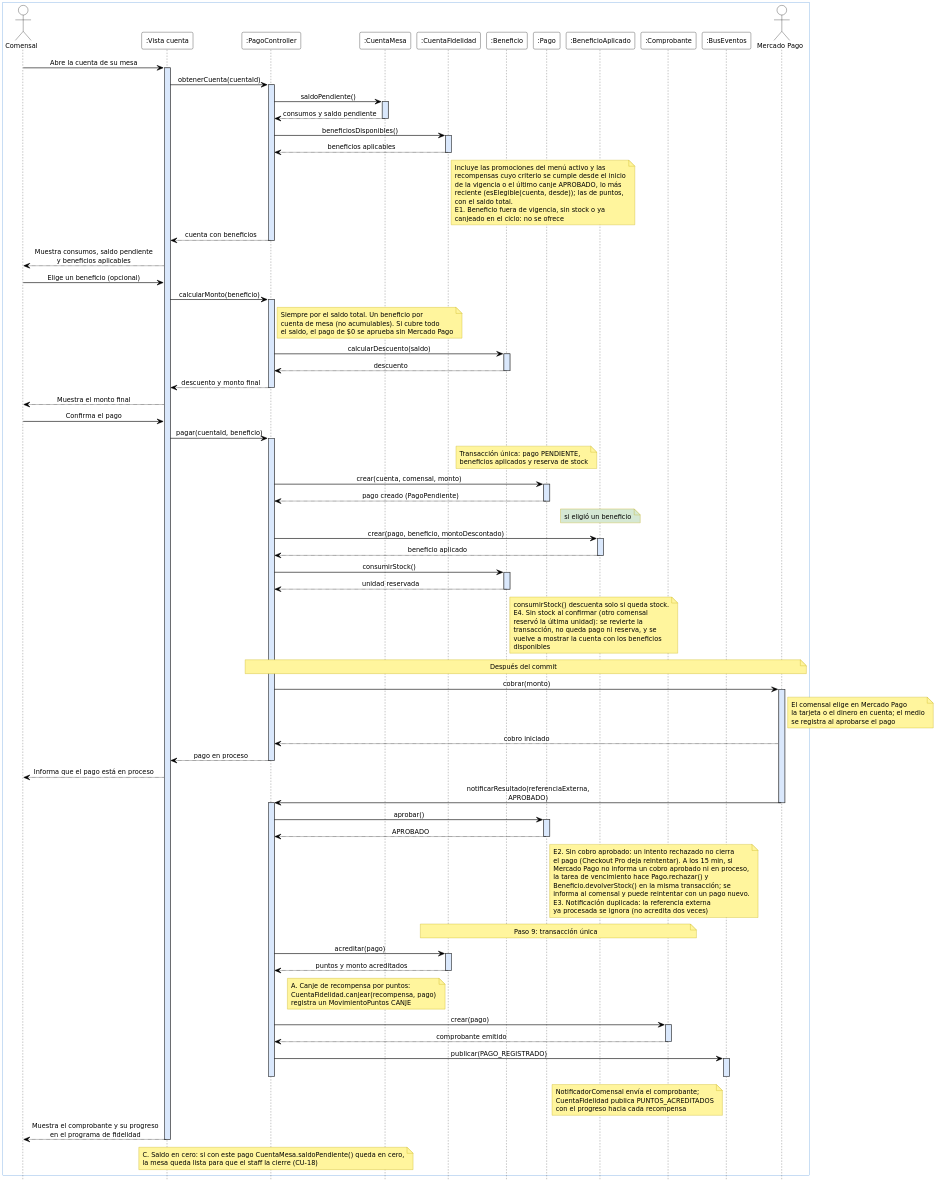
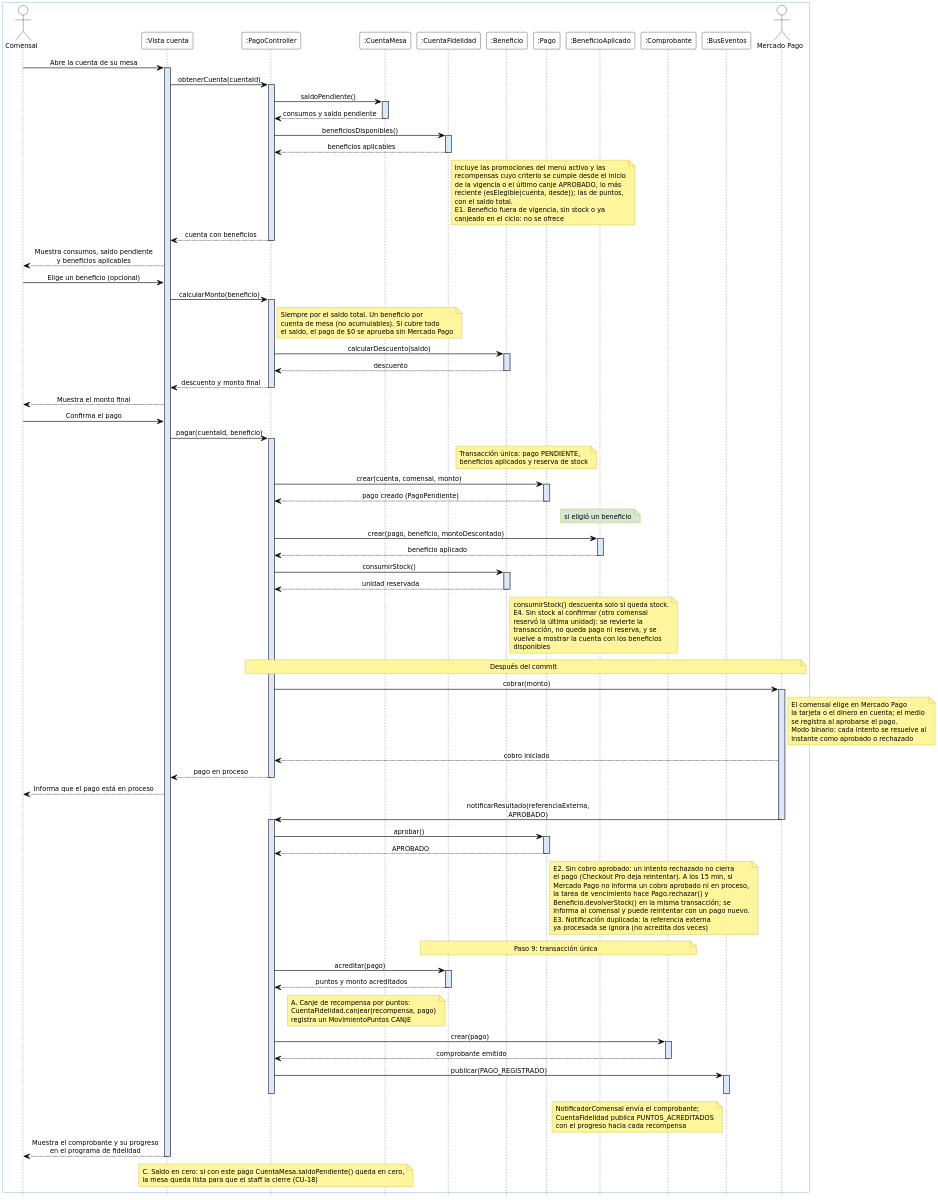
One commit to GabrielLigresti/TFG-PGIM changed the diagram in docs/modelos/secuencia/CU-06-pagar-cuenta/v1/cu-06-secuencia-v1.puml. Above: the diagram before and after it, drawn with PlantUML. The commit also changed 4 other files, not shown here.

Commit message:
Registrar en los modelos el modo binario de Mercado Pago

```diff
--- a/docs/modelos/secuencia/CU-06-pagar-cuenta/v1/cu-06-secuencia-v1.puml
+++ b/docs/modelos/secuencia/CU-06-pagar-cuenta/v1/cu-06-secuencia-v1.puml
@@ -1,129 +1,129 @@
 @startuml cu-06-secuencia-v1
 ' Formato Vialia: participantes ":Clase", barras de activación celestes,
 ' sin numeración ni fragmentos; los flujos alternativos y las excepciones van como notas.
 skinparam dpi 200
 skinparam defaultFontName DejaVu Sans Condensed
 skinparam defaultFontSize 12
 skinparam shadowing false
 skinparam maxMessageSize 260
 skinparam sequenceMessageAlign center
 skinparam responseMessageBelowArrow false
 skinparam ArrowColor #000000
 skinparam ArrowThickness 1
 skinparam ActorBorderColor #000000
 skinparam ActorBackgroundColor #FFFFFF
 skinparam ActorFontColor #000000
 skinparam ParticipantBorderColor #000000
 skinparam ParticipantBackgroundColor #FFFFFF
 skinparam ParticipantFontColor #000000
 skinparam NoteBorderColor #BFA800
 skinparam NoteBackgroundColor #FFF59D
 skinparam NoteFontColor #000000
 skinparam BoxPadding 12
 skinparam sequence {
   LifeLineBorderColor #444444
   LifeLineBackgroundColor #DAE8FC
   BoxBorderColor #4A90D9
   BoxBackgroundColor #FFFFFF
 }
 hide footbox
 
 box
   actor Comensal as C
   participant ":Vista cuenta" as V
   participant ":PagoController" as PGC
   participant ":CuentaMesa" as CM
   participant ":CuentaFidelidad" as CF
   participant ":Beneficio" as B
   participant ":Pago" as P
   participant ":BeneficioAplicado" as BA
   participant ":Comprobante" as CO
   participant ":BusEventos" as BUS
   actor "Mercado Pago" as MP
 end box
 
 C -> V : Abre la cuenta de su mesa
 activate V
 V -> PGC : obtenerCuenta(cuentaId)
 activate PGC
 PGC -> CM : saldoPendiente()
 activate CM
 CM --> PGC : consumos y saldo pendiente
 deactivate CM
 PGC -> CF : beneficiosDisponibles()
 activate CF
 CF --> PGC : beneficios aplicables
 deactivate CF
 note right of CF : Incluye las promociones del menú activo y las\nrecompensas cuyo criterio se cumple desde el inicio\nde la vigencia o el último canje APROBADO, lo más\nreciente (esElegible(cuenta, desde)); las de puntos,\ncon el saldo total.\nE1. Beneficio fuera de vigencia, sin stock o ya\ncanjeado en el ciclo: no se ofrece
 PGC --> V : cuenta con beneficios
 deactivate PGC
 V --> C : Muestra consumos, saldo pendiente\ny beneficios aplicables
 
 C -> V : Elige un beneficio (opcional)
 V -> PGC : calcularMonto(beneficio)
 activate PGC
 note right of PGC : Siempre por el saldo total. Un beneficio por\ncuenta de mesa (no acumulables). Si cubre todo\nel saldo, el pago de $0 se aprueba sin Mercado Pago
 PGC -> B : calcularDescuento(saldo)
 activate B
 B --> PGC : descuento
 deactivate B
 PGC --> V : descuento y monto final
 deactivate PGC
 V --> C : Muestra el monto final
 
 C -> V : Confirma el pago
 V -> PGC : pagar(cuentaId, beneficio)
 activate PGC
 note over P, B : Transacción única: pago PENDIENTE,\nbeneficios aplicados y reserva de stock
 PGC -> P : crear(cuenta, comensal, monto)
 activate P
 P --> PGC : pago creado (PagoPendiente)
 deactivate P
 note over BA #D5E8D4 : si eligió un beneficio
 PGC -> BA : crear(pago, beneficio, montoDescontado)
 activate BA
 BA --> PGC : beneficio aplicado
 deactivate BA
 PGC -> B : consumirStock()
 activate B
 B --> PGC : unidad reservada
 deactivate B
 note right of B : consumirStock() descuenta solo si queda stock.\nE4. Sin stock al confirmar (otro comensal\nreservó la última unidad): se revierte la\ntransacción, no queda pago ni reserva, y se\nvuelve a mostrar la cuenta con los beneficios\ndisponibles
 note over PGC, MP : Después del commit
 PGC -> MP : cobrar(monto)
-note right of MP : El comensal elige en Mercado Pago\nla tarjeta o el dinero en cuenta; el medio\nse registra al aprobarse el pago
+note right of MP : El comensal elige en Mercado Pago\nla tarjeta o el dinero en cuenta; el medio\nse registra al aprobarse el pago.\nModo binario: cada intento se resuelve al\ninstante como aprobado o rechazado
 activate MP
 MP --> PGC : cobro iniciado
 PGC --> V : pago en proceso
 deactivate PGC
 V --> C : Informa que el pago está en proceso
 
 MP -> PGC : notificarResultado(referenciaExterna, APROBADO)
 deactivate MP
 activate PGC
 PGC -> P : aprobar()
 activate P
 P --> PGC : APROBADO
 deactivate P
 note right of P : E2. Sin cobro aprobado: un intento rechazado no cierra\nel pago (Checkout Pro deja reintentar). A los 15 min, si\nMercado Pago no informa un cobro aprobado ni en proceso,\nla tarea de vencimiento hace Pago.rechazar() y\nBeneficio.devolverStock() en la misma transacción; se\ninforma al comensal y puede reintentar con un pago nuevo.\nE3. Notificación duplicada: la referencia externa\nya procesada se ignora (no acredita dos veces)
 
 note over CF, CO : Paso 9: transacción única
 PGC -> CF : acreditar(pago)
 activate CF
 CF --> PGC : puntos y monto acreditados
 deactivate CF
 note left of CF : A. Canje de recompensa por puntos:\nCuentaFidelidad.canjear(recompensa, pago)\nregistra un MovimientoPuntos CANJE
 PGC -> CO : crear(pago)
 activate CO
 CO --> PGC : comprobante emitido
 deactivate CO
 
 PGC -> BUS : publicar(PAGO_REGISTRADO)
 activate BUS
 deactivate BUS
 note left of BUS : NotificadorComensal envía el comprobante;\nCuentaFidelidad publica PUNTOS_ACREDITADOS\ncon el progreso hacia cada recompensa
 deactivate PGC
 V --> C : Muestra el comprobante y su progreso\nen el programa de fidelidad
 deactivate V
 note over V, CM : C. Saldo en cero: si con este pago CuentaMesa.saldoPendiente() queda en cero,\nla mesa queda lista para que el staff la cierre (CU-18)
 @enduml
```
